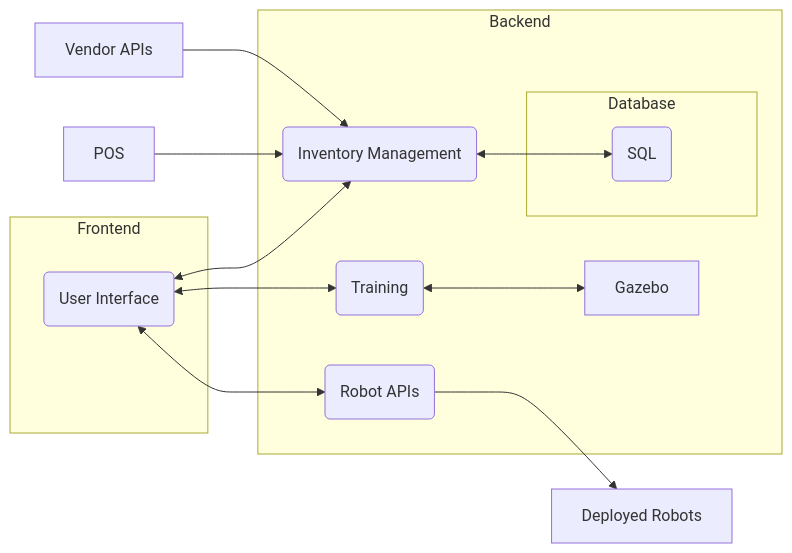
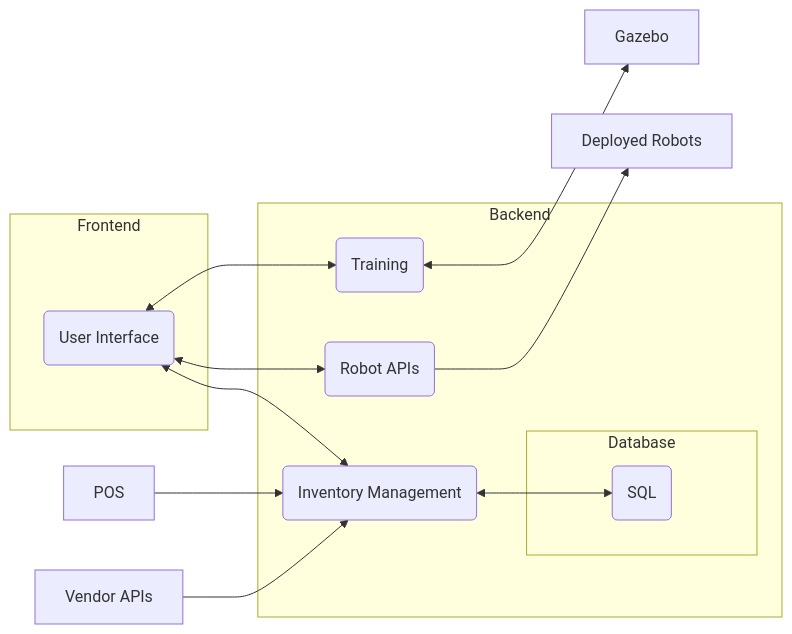
The diagram in README.md (ogoudey/Daily-Viewer), drawn with Mermaid before and after one commit.

Commit message:
Update README.md
Gazebo to external process

````diff
--- a/README.md
+++ b/README.md
@@ -15,24 +15,25 @@
 ```mermaid
 flowchart LR
     subgraph Frontend
         I
     end 
     I(User Interface)
     I <-->  T(Training)
     I <--> R(Robot APIs)
     I <--> M(Inventory Management)
     
     subgraph Backend
         T
         R
         M
         subgraph Database
             D(SQL)
         end
         M <--> D
-        T <--> Gazebo
+        
     end
+    T <--> Gazebo
     R --> DR[Deployed Robots]
     POS --> M
     V[Vendor APIs] --> M
 ```
````
